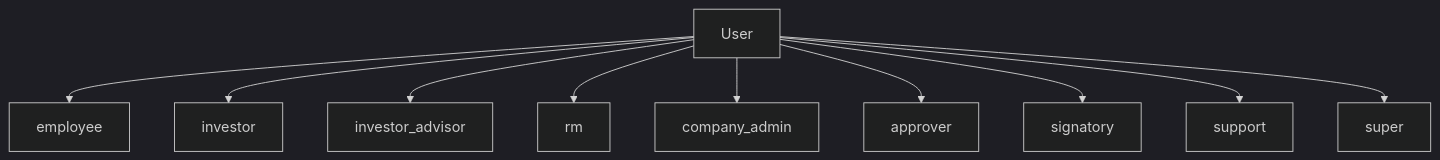
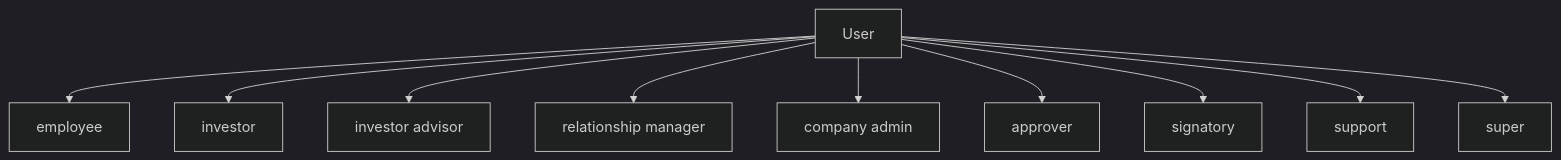
Before and after one commit to sampadadiwan/IRM_CompanyMain: the first of 4 diagrams in docs/user_guides/user_role_management_user_guide.md, drawn with Mermaid (dark theme). The commit also changed other lines of this file and 21 other files, not shown here.

````diff
--- a/docs/user_guides/user_role_management_user_guide.md
+++ b/docs/user_guides/user_role_management_user_guide.md
@@ -46,12 +46,12 @@
 ```mermaid
 graph TD
     User --> employee
     User --> investor
-    User --> investor_advisor
-    User --> rm
-    User --> company_admin
+    User --> investor_advisor[investor advisor]
+    User --> rm[relationship manager]
+    User --> company_admin[company admin]
     User --> approver
     User --> signatory
     User --> support
     User --> super
 ```
````
